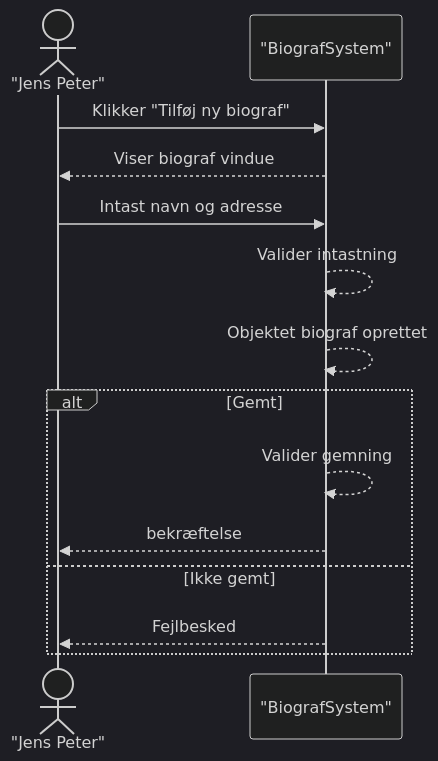
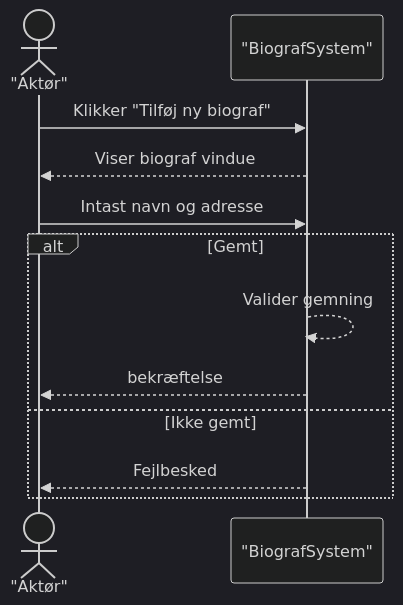
The diagram in docs/SSD S2 UC1.mmd (DMOoF25/TheMovie), drawn with Mermaid (dark theme) before and after one commit.

Commit message:
Update SSD S2 UC1.mmd

```diff
--- a/docs/SSD S2 UC1.mmd
+++ b/docs/SSD S2 UC1.mmd
@@ -1,16 +1,16 @@
 sequenceDiagram
-    actor JensPeter as "Jens Peter"
+    actor JensPeter as "Aktør"
     participant System as "BiografSystem"
 
     JensPeter->>System: Klikker "Tilføj ny biograf"
     System-->>JensPeter: Viser biograf vindue
 
     JensPeter->>System: Intast navn og adresse 
-    System-->>System: Valider intastning
-    System-->>System: Objektet biograf oprettet
+    
+    
     alt Gemt
         System-->>System: Valider gemning
         System-->>JensPeter: bekræftelse
     else Ikke gemt
         System-->>JensPeter: Fejlbesked
     end
```
